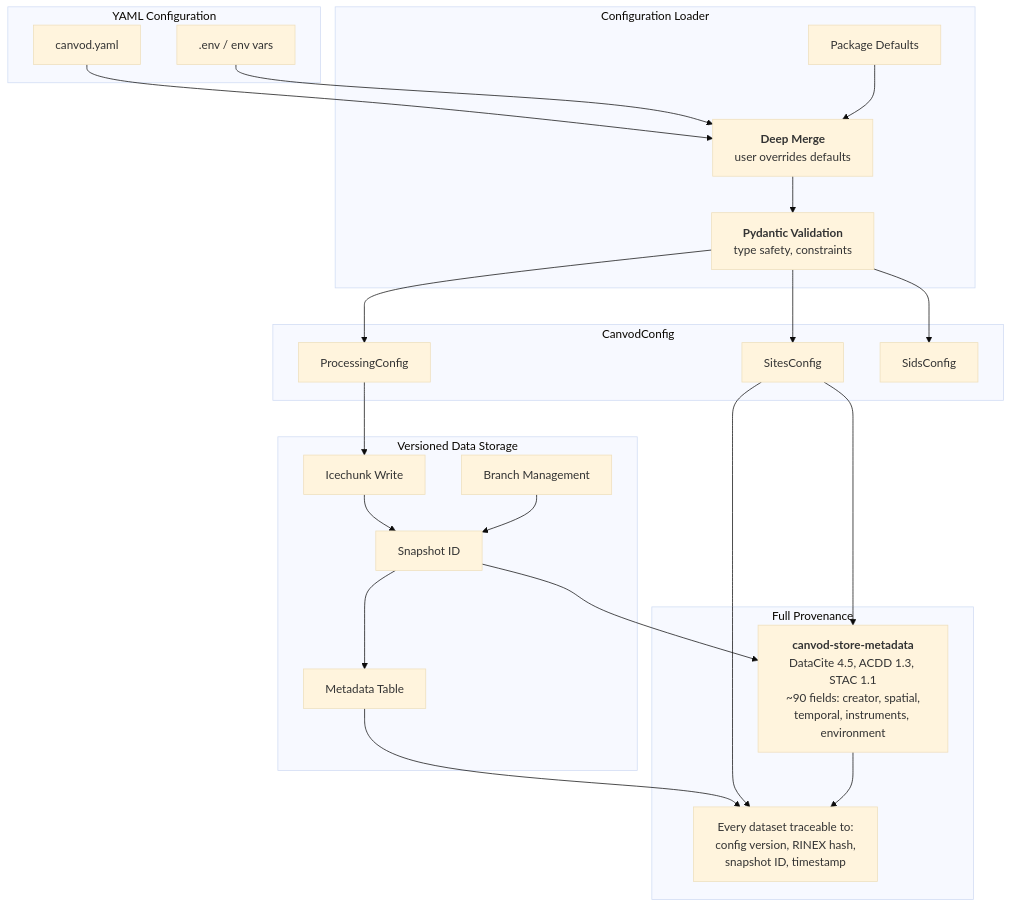
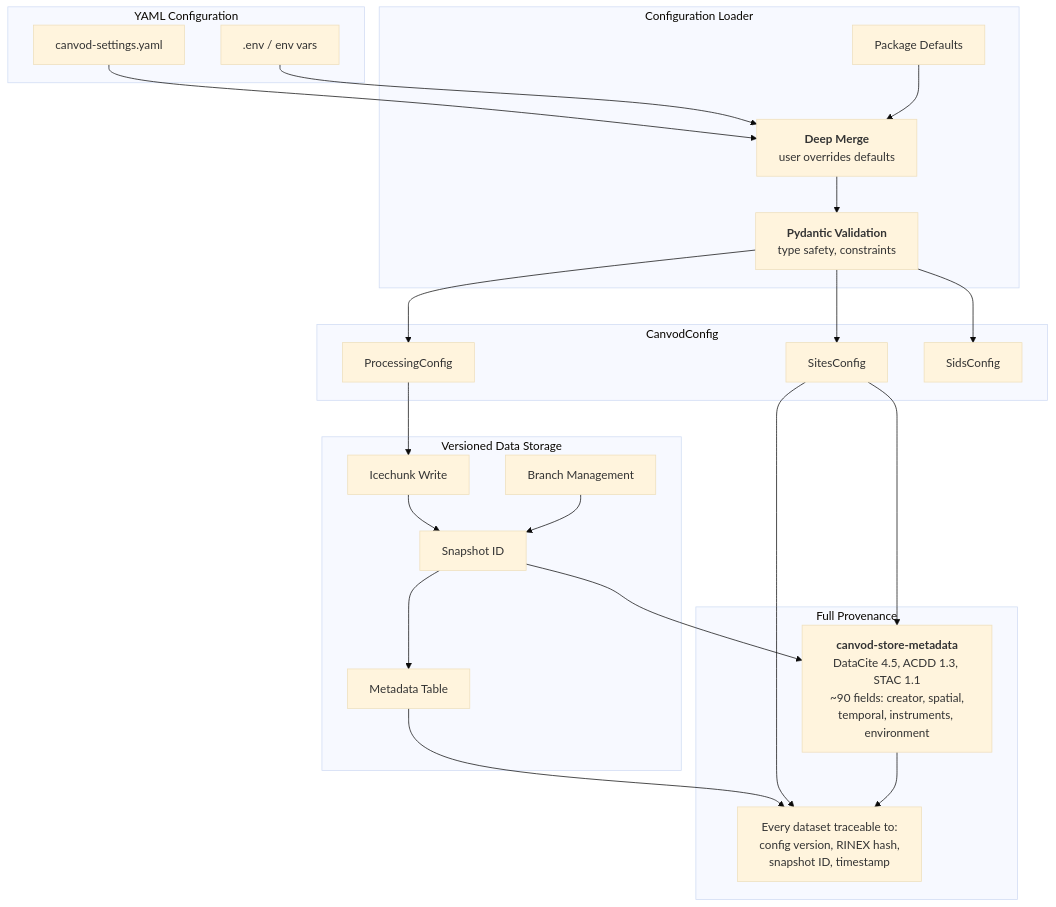
The diagram in docs/diagrams/08-reproducibility.mmd (nfb2021/canvodpy), drawn with Mermaid (base theme) before and after one commit. The commit also changed 42 other files, not shown here.

```diff
--- a/docs/diagrams/08-reproducibility.mmd
+++ b/docs/diagrams/08-reproducibility.mmd
@@ -1,54 +1,54 @@
 flowchart TD
     subgraph CONFIG["YAML Configuration"]
-        YAML["canvod.yaml"]
+        YAML["canvod-settings.yaml"]
         ENV[".env / env vars"]
     end
 
     subgraph LOADER["Configuration Loader"]
         DEFAULTS["Package Defaults"]
         MERGE["`**Deep Merge**
         user overrides defaults`"]
         PYDANTIC["`**Pydantic Validation**
         type safety, constraints`"]
     end
 
     subgraph VALIDATED["CanvodConfig"]
         PC["ProcessingConfig"]
         SC["SitesConfig"]
         SIC["SidsConfig"]
     end
 
     subgraph VERSIONED["Versioned Data Storage"]
         IC_WRITE["Icechunk Write"]
         SNAPSHOT["Snapshot ID"]
         BRANCH["Branch Management"]
         METADATA["Metadata Table"]
     end
 
     subgraph PROVENANCE["Full Provenance"]
         STORE_META["`**canvod-store-metadata**
         DataCite 4.5, ACDD 1.3, STAC 1.1
         ~90 fields: creator, spatial,
         temporal, instruments, environment`"]
         TRACE["`Every dataset traceable to:
         config version, RINEX hash,
         snapshot ID, timestamp`"]
     end
 
     YAML --> MERGE
     ENV --> MERGE
     DEFAULTS --> MERGE
     MERGE --> PYDANTIC
     PYDANTIC --> PC
     PYDANTIC --> SC
     PYDANTIC --> SIC
 
     PC --> IC_WRITE
     IC_WRITE --> SNAPSHOT
     SNAPSHOT --> METADATA
     BRANCH --> SNAPSHOT
     METADATA --> TRACE
     SC --> TRACE
     SC --> STORE_META
     SNAPSHOT --> STORE_META
     STORE_META --> TRACE
```
